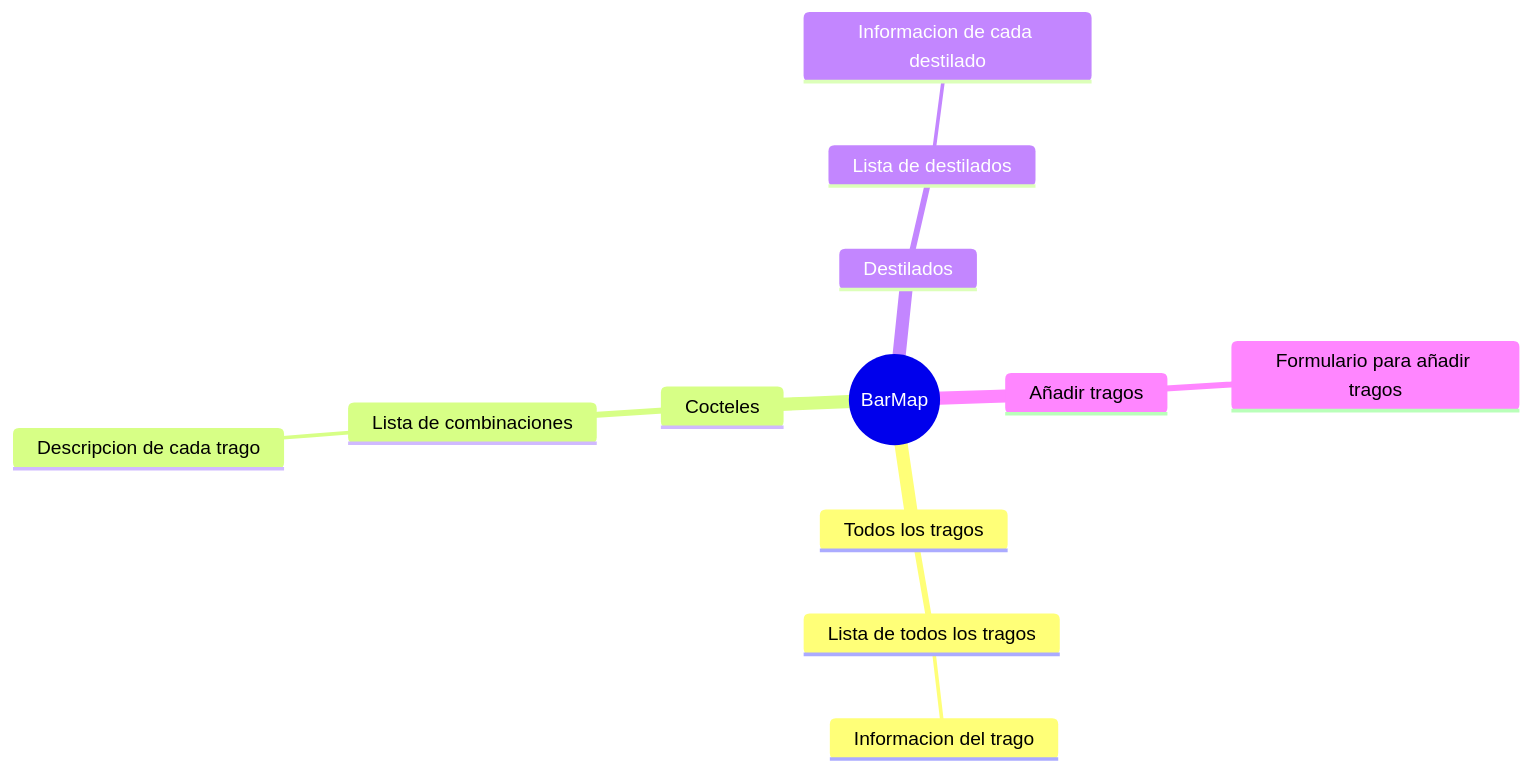
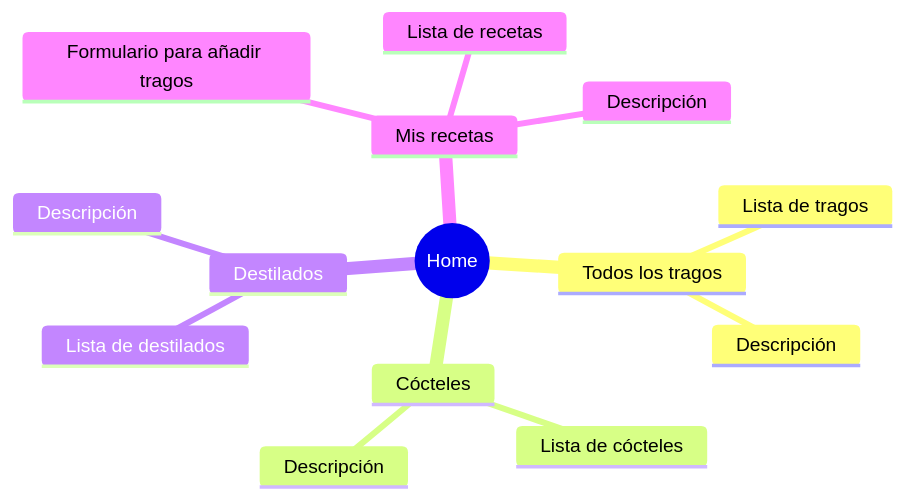
One commit to sebato123/BarApp changed the diagram in README.md. Above: the diagram before and after it, drawn with Mermaid. The commit also changed 132 other files, not shown here.

````diff
--- a/README.md
+++ b/README.md
@@ -22,15 +22,18 @@
 ```mermaid
 mindmap
-  root((BarMap))
+  root((Home))
     Todos los tragos
-      Lista de todos los tragos
-        Informacion del trago
-    Cocteles
-      Lista de combinaciones
-        Descripcion de cada trago
+      Lista de tragos
+      Descripción
+    Cócteles
+      Lista de cócteles
+      Descripción
     Destilados
       Lista de destilados
-        Informacion de cada destilado
-    Añadir tragos
-        Formulario para añadir tragos
+      Descripción
+    Mis recetas
+      Formulario para añadir tragos
+      Lista de recetas
+      Descripción
+
 ```
````
